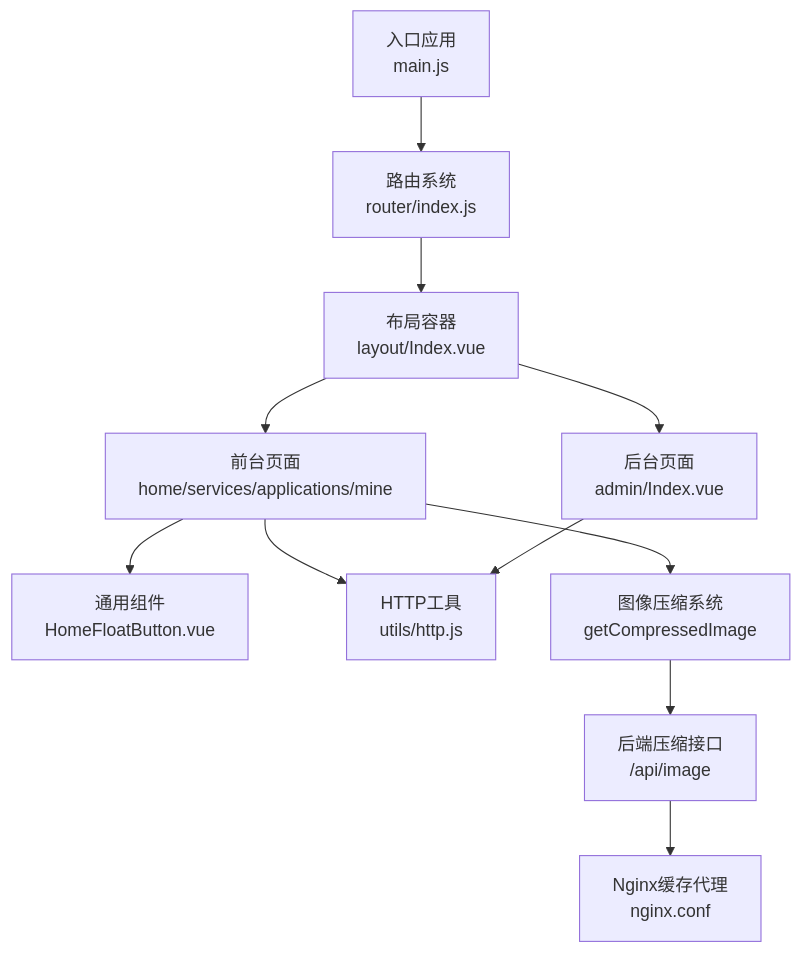
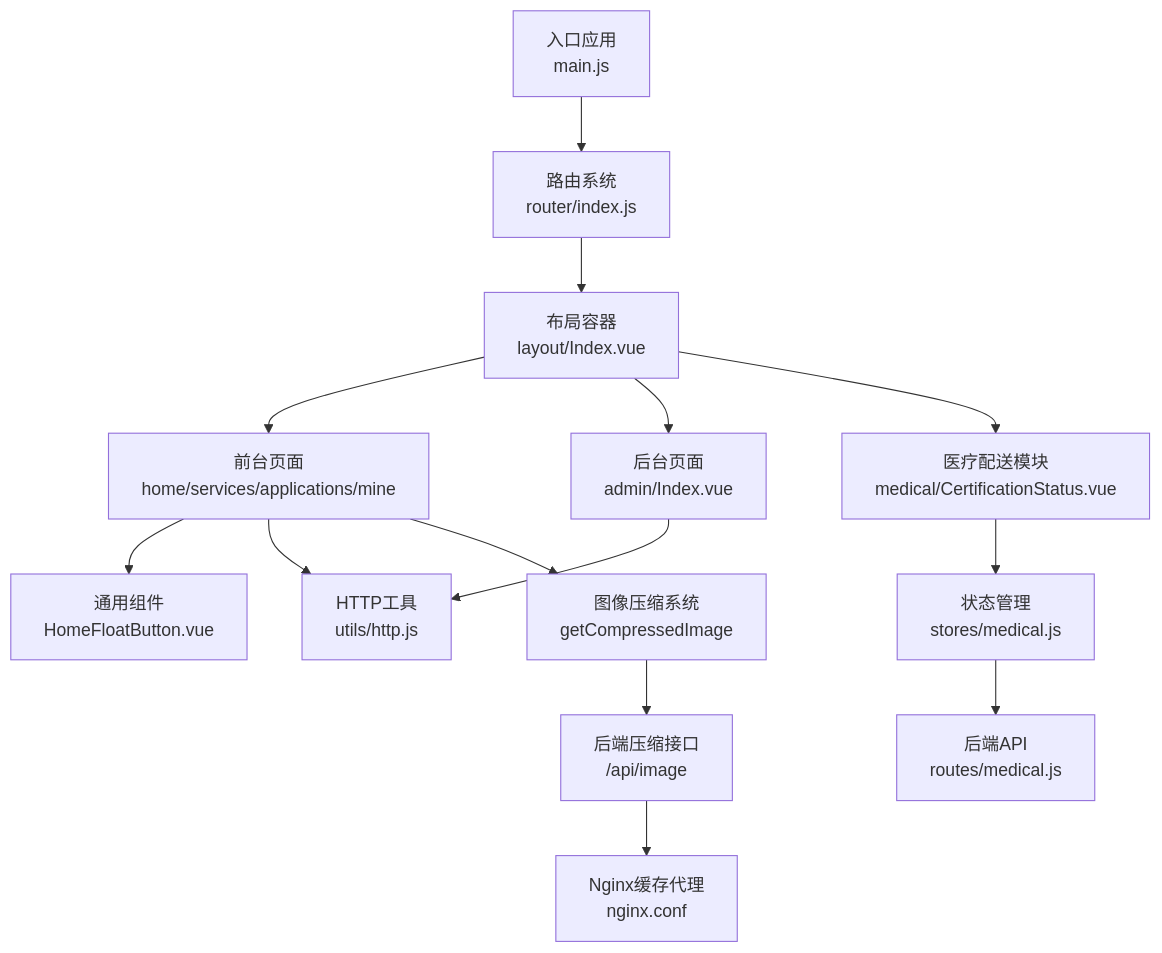
One commit to Giraffe-Han/microAPP changed the second of 9 diagrams in .qoder/repowiki/zh/content/前端应用架构/页面视图设计.md. Above: the diagram before and after it, drawn with Mermaid. The commit also changed other lines of this file and 176 other files, not shown here.

````diff
--- a/.qoder/repowiki/zh/content/前端应用架构/页面视图设计.md
+++ b/.qoder/repowiki/zh/content/前端应用架构/页面视图设计.md
@@ -164,13 +188,16 @@
 ```mermaid
 graph TB
 A["入口应用<br/>main.js"] --> B["路由系统<br/>router/index.js"]
 B --> C["布局容器<br/>layout/Index.vue"]
 C --> D["前台页面<br/>home/services/applications/mine"]
 C --> E["后台页面<br/>admin/Index.vue"]
-D --> F["通用组件<br/>HomeFloatButton.vue"]
-D --> G["HTTP工具<br/>utils/http.js"]
-E --> G
-D --> H["图像压缩系统<br/>getCompressedImage"]
-H --> I["后端压缩接口<br/>/api/image"]
-I --> J["Nginx缓存代理<br/>nginx.conf"]
+C --> F["医疗配送模块<br/>medical/CertificationStatus.vue"]
+D --> G["通用组件<br/>HomeFloatButton.vue"]
+D --> H["HTTP工具<br/>utils/http.js"]
+E --> H
+F --> I["状态管理<br/>stores/medical.js"]
+I --> J["后端API<br/>routes/medical.js"]
+D --> K["图像压缩系统<br/>getCompressedImage"]
+K --> L["后端压缩接口<br/>/api/image"]
+L --> M["Nginx缓存代理<br/>nginx.conf"]
 ```
````
